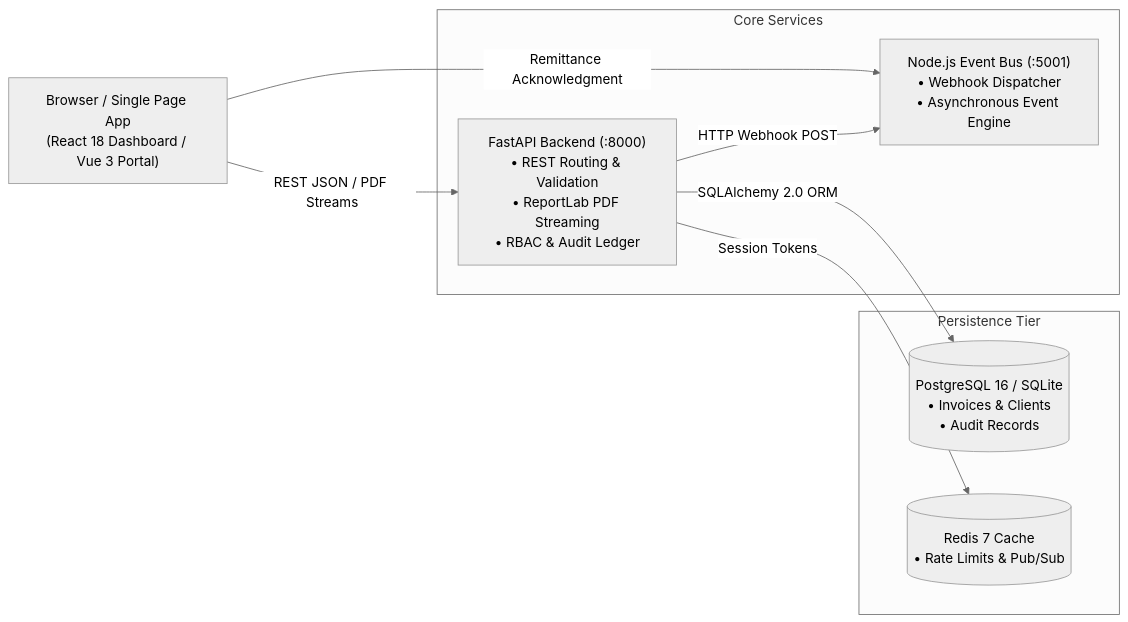
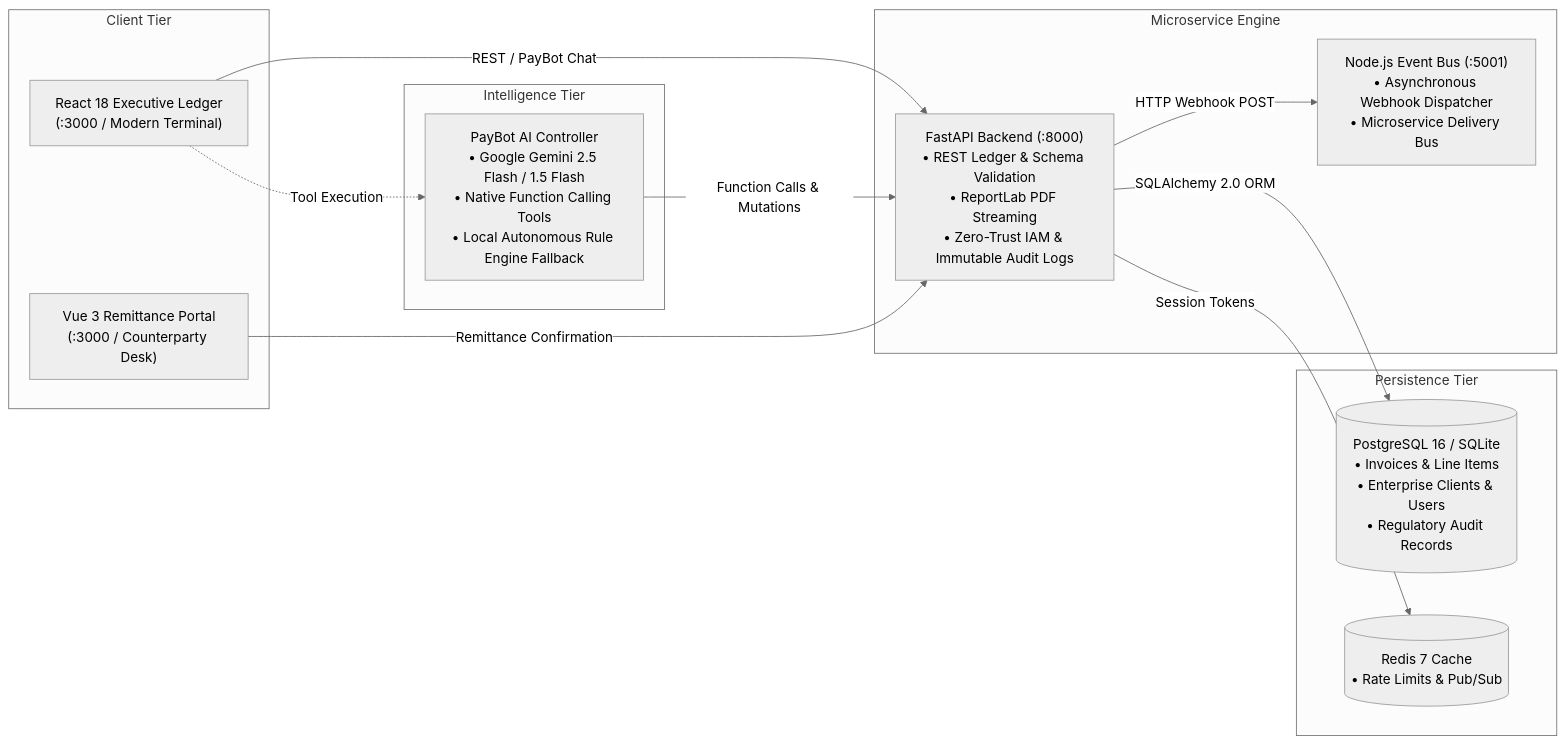
Before and after one commit to hamzaihsan9/payflow-invoicing-platform: the diagram in README.md, drawn with Mermaid (neutral theme). The commit also changed other lines of this file, not shown here.

Commit message:
docs: rewrite README with comprehensive PayBot AI and platform documentation

````diff
--- a/README.md
+++ b/README.md
@@ -17,20 +36,29 @@
 ```mermaid
 flowchart LR
-    Client["Browser / Single Page App\n(React 18 Dashboard / Vue 3 Portal)"]
-    
-    subgraph CoreServices ["Core Services"]
-        API["FastAPI Backend (:8000)\n• REST Routing & Validation\n• ReportLab PDF Streaming\n• RBAC & Audit Ledger"]
-        Worker["Node.js Event Bus (:5001)\n• Webhook Dispatcher\n• Asynchronous Event Engine"]
+    subgraph UI ["Client Tier"]
+        AdminApp["React 18 Executive Ledger\n(:3000 / Modern Terminal)"]
+        ClientPortal["Vue 3 Remittance Portal\n(:3000 / Counterparty Desk)"]
     end
 
-    subgraph DataTier ["Persistence Tier"]
-        DB[("PostgreSQL 16 / SQLite\n• Invoices & Clients\n• Audit Records")]
+    subgraph AI ["Intelligence Tier"]
+        PayBot["PayBot AI Controller\n• Google Gemini 2.5 Flash / 1.5 Flash\n• Native Function Calling Tools\n• Local Autonomous Rule Engine Fallback"]
+    end
+
+    subgraph CoreServices ["Microservice Engine"]
+        API["FastAPI Backend (:8000)\n• REST Ledger & Schema Validation\n• ReportLab PDF Streaming\n• Zero-Trust IAM & Immutable Audit Logs"]
+        Worker["Node.js Event Bus (:5001)\n• Asynchronous Webhook Dispatcher\n• Microservice Delivery Bus"]
+    end
+
+    subgraph Persistence ["Persistence Tier"]
+        DB[("PostgreSQL 16 / SQLite\n• Invoices & Line Items\n• Enterprise Clients & Users\n• Regulatory Audit Records")]
         Cache[("Redis 7 Cache\n• Rate Limits & Pub/Sub")]
     end
 
-    Client -->|REST JSON / PDF Streams| API
-    Client -->|Remittance Acknowledgment| Worker
+    AdminApp -->|REST / PayBot Chat| API
+    AdminApp -.->|Tool Execution| PayBot
+    PayBot -->|Function Calls & Mutations| API
+    ClientPortal -->|Remittance Confirmation| API
     API -->|HTTP Webhook POST| Worker
     API -->|SQLAlchemy 2.0 ORM| DB
     API -->|Session Tokens| Cache
 ```
````
